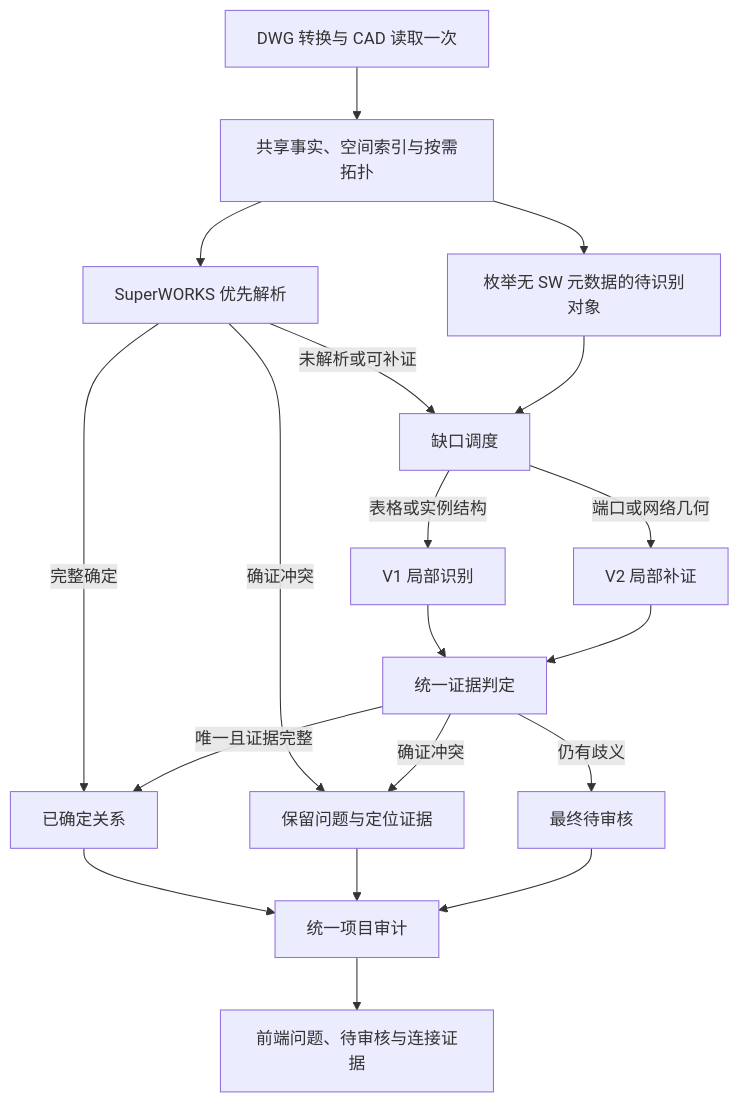
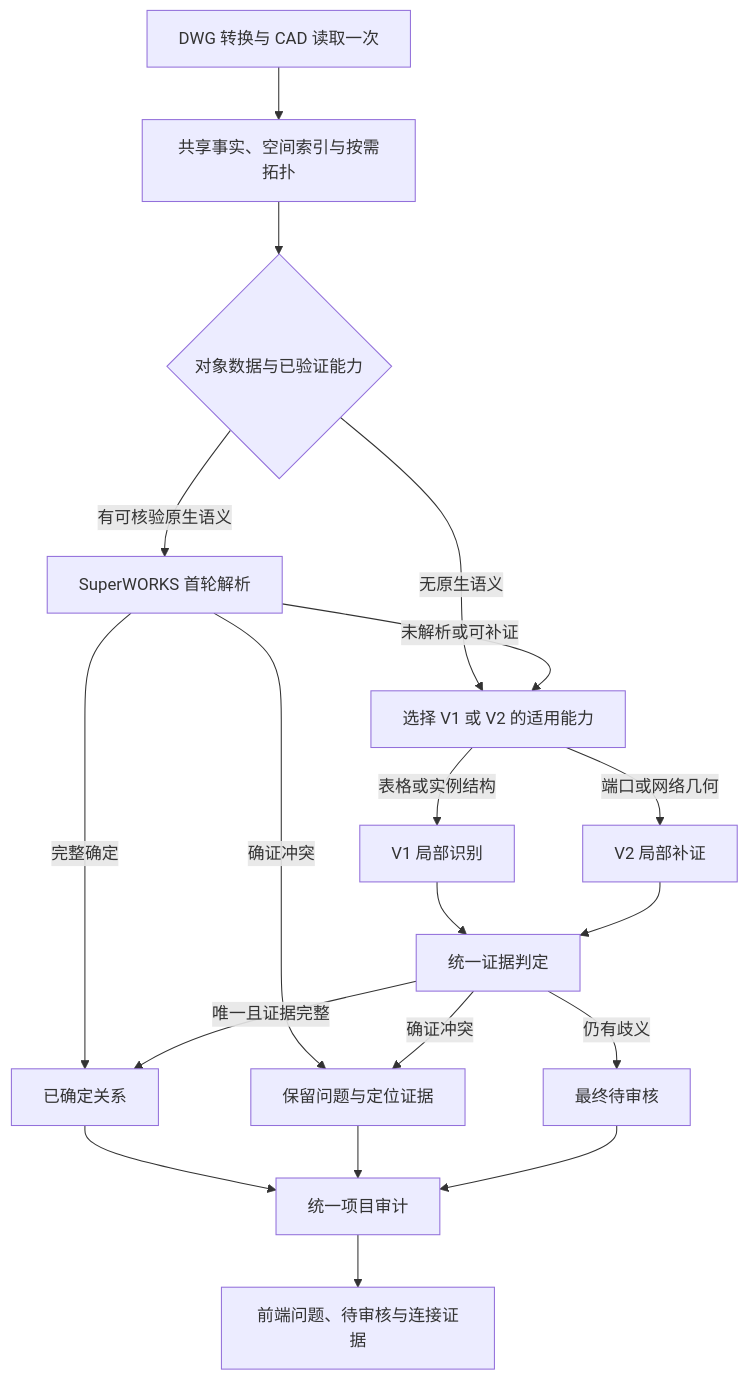
The diagram in doc/engine-coordination.md (sallowayma-git/XJCheck), drawn with Mermaid before and after one commit. The commit also changed other lines of this file and 3 other files, not shown here.

Commit message:
docs(architecture): ground engine routing in evidence and bound snapshot retention

````diff
--- a/doc/engine-coordination.md
+++ b/doc/engine-coordination.md
@@ -15,21 +17,21 @@
 ```mermaid
 flowchart TD
     A[DWG 转换与 CAD 读取一次] --> B[共享事实、空间索引与按需拓扑]
-    B --> C[SuperWORKS 优先解析]
+    B --> D{对象数据与已验证能力}
+    D -->|有可核验原生语义| C[SuperWORKS 首轮解析]
+    D -->|无原生语义| Q[选择 V1 或 V2 的适用能力]
     C -->|完整确定| P[已确定关系]
     C -->|确证冲突| E[保留问题与定位证据]
-    C -->|未解析或可补证| Q[缺口调度]
-    B --> U[枚举无 SW 元数据的待识别对象]
-    U --> Q
+    C -->|未解析或可补证| Q
     Q -->|表格或实例结构| V1[V1 局部识别]
     Q -->|端口或网络几何| V2[V2 局部补证]
     V1 --> R[统一证据判定]
     V2 --> R
     R -->|唯一且证据完整| P
     R -->|仍有歧义| H[最终待审核]
     R -->|确证冲突| E
     P --> F[统一项目审计]
     E --> F
     H --> F
     F --> G[前端问题、待审核与连接证据]
 ```
````
